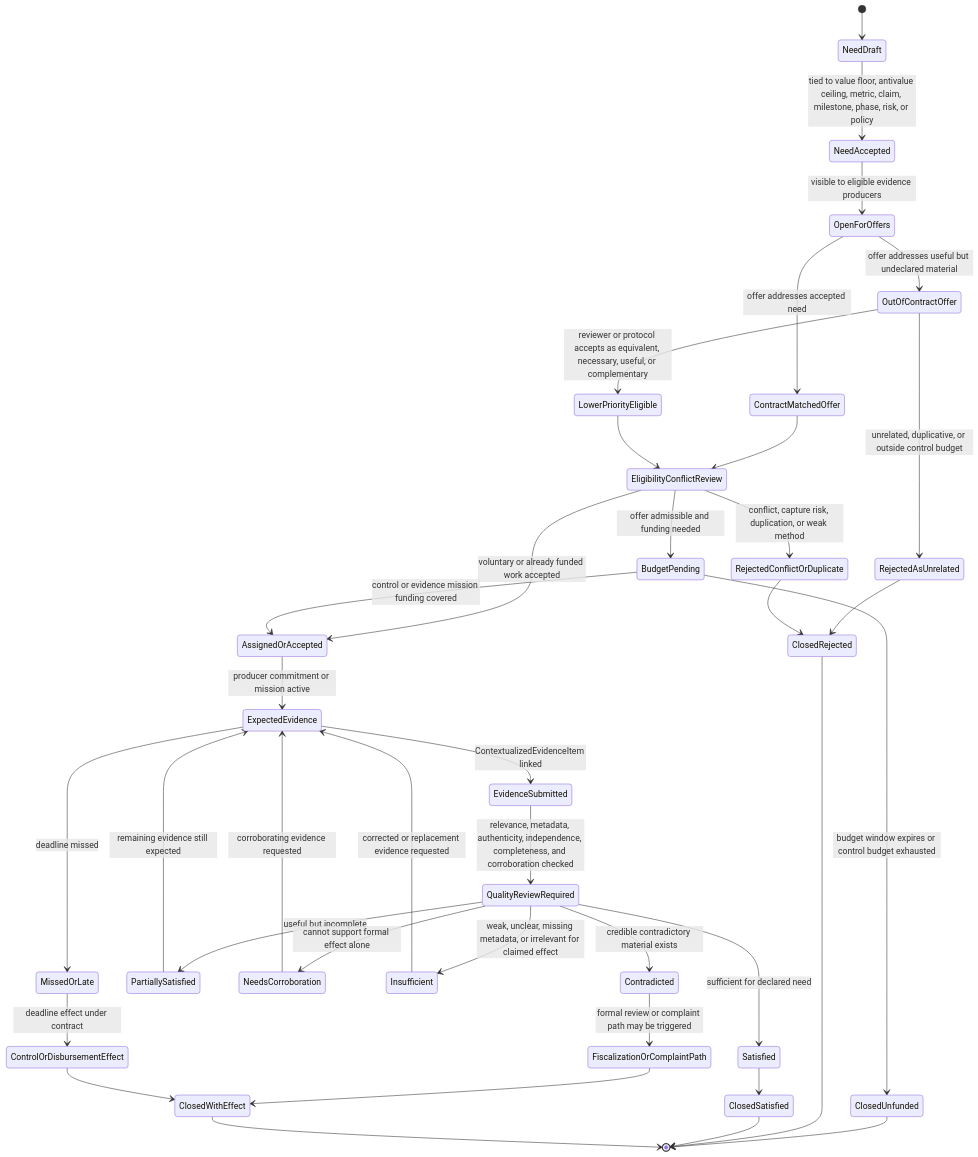
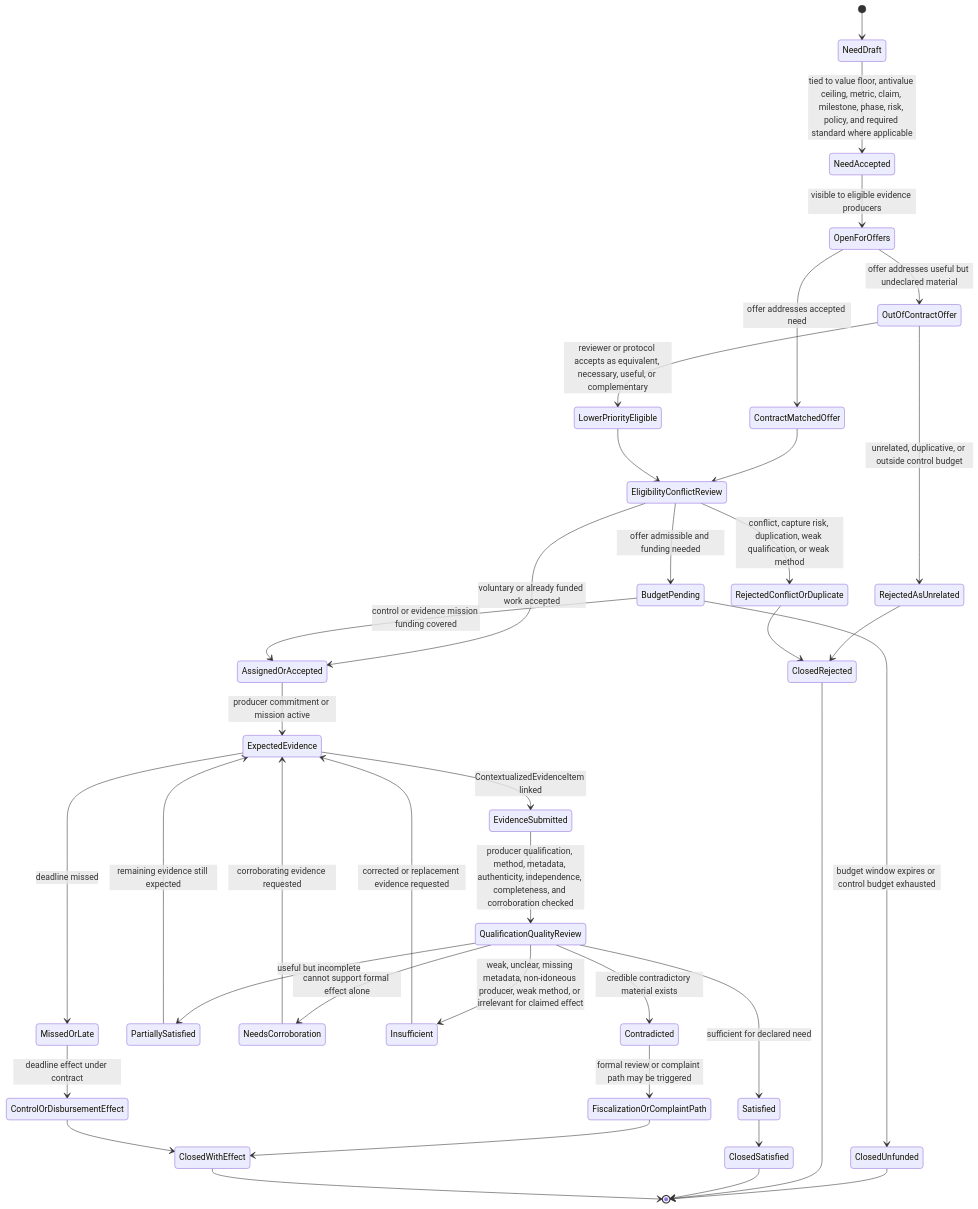
One commit to moffermann/distributed-governance-research changed the second of 3 diagrams in docs/diagrams/v0-project-evidential-contract-state.md. Above: the diagram before and after it, drawn with Mermaid. The commit also changed other lines of this file and 35 other files, not shown here.

First line of the commit message:
Consolidate A013 evidence producer qualification

````diff
--- a/docs/diagrams/v0-project-evidential-contract-state.md
+++ b/docs/diagrams/v0-project-evidential-contract-state.md
@@ -79,49 +80,49 @@
 ```mermaid
 stateDiagram-v2
     [*] --> NeedDraft
-    NeedDraft --> NeedAccepted: tied to value floor, antivalue ceiling, metric, claim, milestone, phase, risk, or policy
+    NeedDraft --> NeedAccepted: tied to value floor, antivalue ceiling, metric, claim, milestone, phase, risk, policy, and required standard where applicable
     NeedAccepted --> OpenForOffers: visible to eligible evidence producers
 
     OpenForOffers --> ContractMatchedOffer: offer addresses accepted need
     OpenForOffers --> OutOfContractOffer: offer addresses useful but undeclared material
 
     OutOfContractOffer --> LowerPriorityEligible: reviewer or protocol accepts as equivalent, necessary, useful, or complementary
     OutOfContractOffer --> RejectedAsUnrelated: unrelated, duplicative, or outside control budget
 
     ContractMatchedOffer --> EligibilityConflictReview
     LowerPriorityEligible --> EligibilityConflictReview
 
-    EligibilityConflictReview --> RejectedConflictOrDuplicate: conflict, capture risk, duplication, or weak method
+    EligibilityConflictReview --> RejectedConflictOrDuplicate: conflict, capture risk, duplication, weak qualification, or weak method
     EligibilityConflictReview --> BudgetPending: offer admissible and funding needed
     EligibilityConflictReview --> AssignedOrAccepted: voluntary or already funded work accepted
 
     BudgetPending --> AssignedOrAccepted: control or evidence mission funding covered
     BudgetPending --> ClosedUnfunded: budget window expires or control budget exhausted
 
     AssignedOrAccepted --> ExpectedEvidence: producer commitment or mission active
     ExpectedEvidence --> EvidenceSubmitted: ContextualizedEvidenceItem linked
     ExpectedEvidence --> MissedOrLate: deadline missed
 
-    EvidenceSubmitted --> QualityReviewRequired: relevance, metadata, authenticity, independence, completeness, and corroboration checked
-    QualityReviewRequired --> Satisfied: sufficient for declared need
-    QualityReviewRequired --> PartiallySatisfied: useful but incomplete
-    QualityReviewRequired --> NeedsCorroboration: cannot support formal effect alone
-    QualityReviewRequired --> Insufficient: weak, unclear, missing metadata, or irrelevant for claimed effect
-    QualityReviewRequired --> Contradicted: credible contradictory material exists
+    EvidenceSubmitted --> QualificationQualityReview: producer qualification, method, metadata, authenticity, independence, completeness, and corroboration checked
+    QualificationQualityReview --> Satisfied: sufficient for declared need
+    QualificationQualityReview --> PartiallySatisfied: useful but incomplete
+    QualificationQualityReview --> NeedsCorroboration: cannot support formal effect alone
+    QualificationQualityReview --> Insufficient: weak, unclear, missing metadata, non-idoneous producer, weak method, or irrelevant for claimed effect
+    QualificationQualityReview --> Contradicted: credible contradictory material exists
 
     PartiallySatisfied --> ExpectedEvidence: remaining evidence still expected
     NeedsCorroboration --> ExpectedEvidence: corroborating evidence requested
     Insufficient --> ExpectedEvidence: corrected or replacement evidence requested
     Contradicted --> FiscalizationOrComplaintPath: formal review or complaint path may be triggered
     MissedOrLate --> ControlOrDisbursementEffect: deadline effect under contract
 
     Satisfied --> ClosedSatisfied
     FiscalizationOrComplaintPath --> ClosedWithEffect
     ControlOrDisbursementEffect --> ClosedWithEffect
     RejectedAsUnrelated --> ClosedRejected
     RejectedConflictOrDuplicate --> ClosedRejected
     ClosedUnfunded --> [*]
     ClosedRejected --> [*]
     ClosedSatisfied --> [*]
     ClosedWithEffect --> [*]
 ```
````
